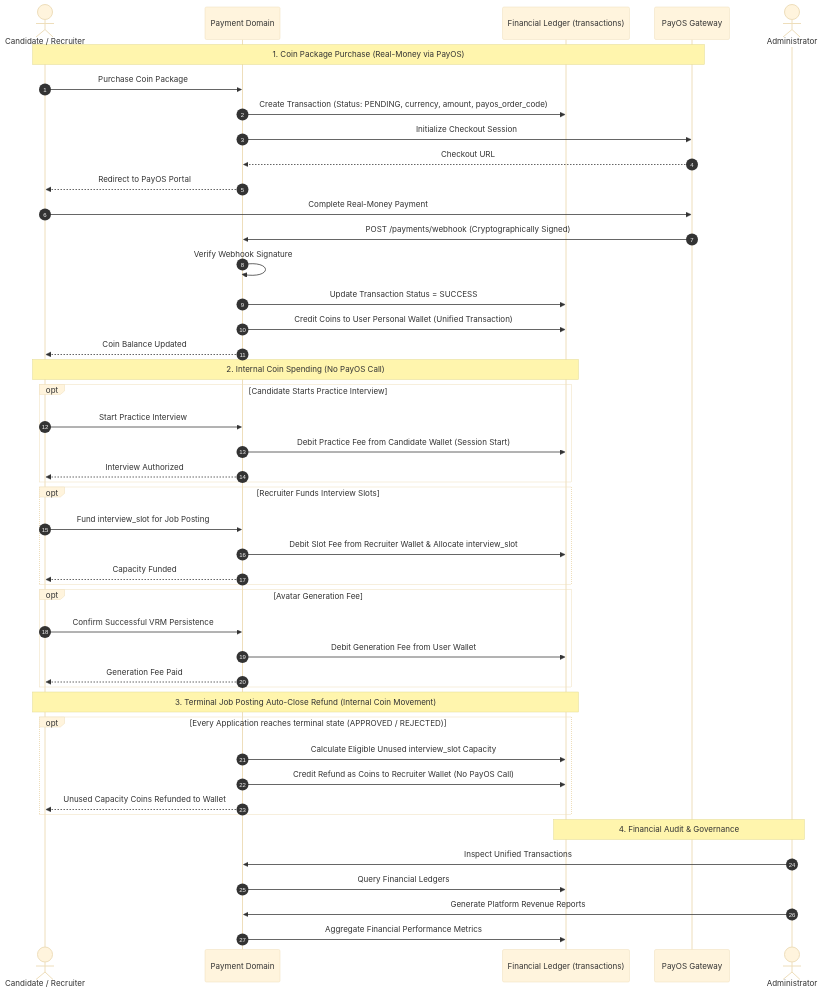
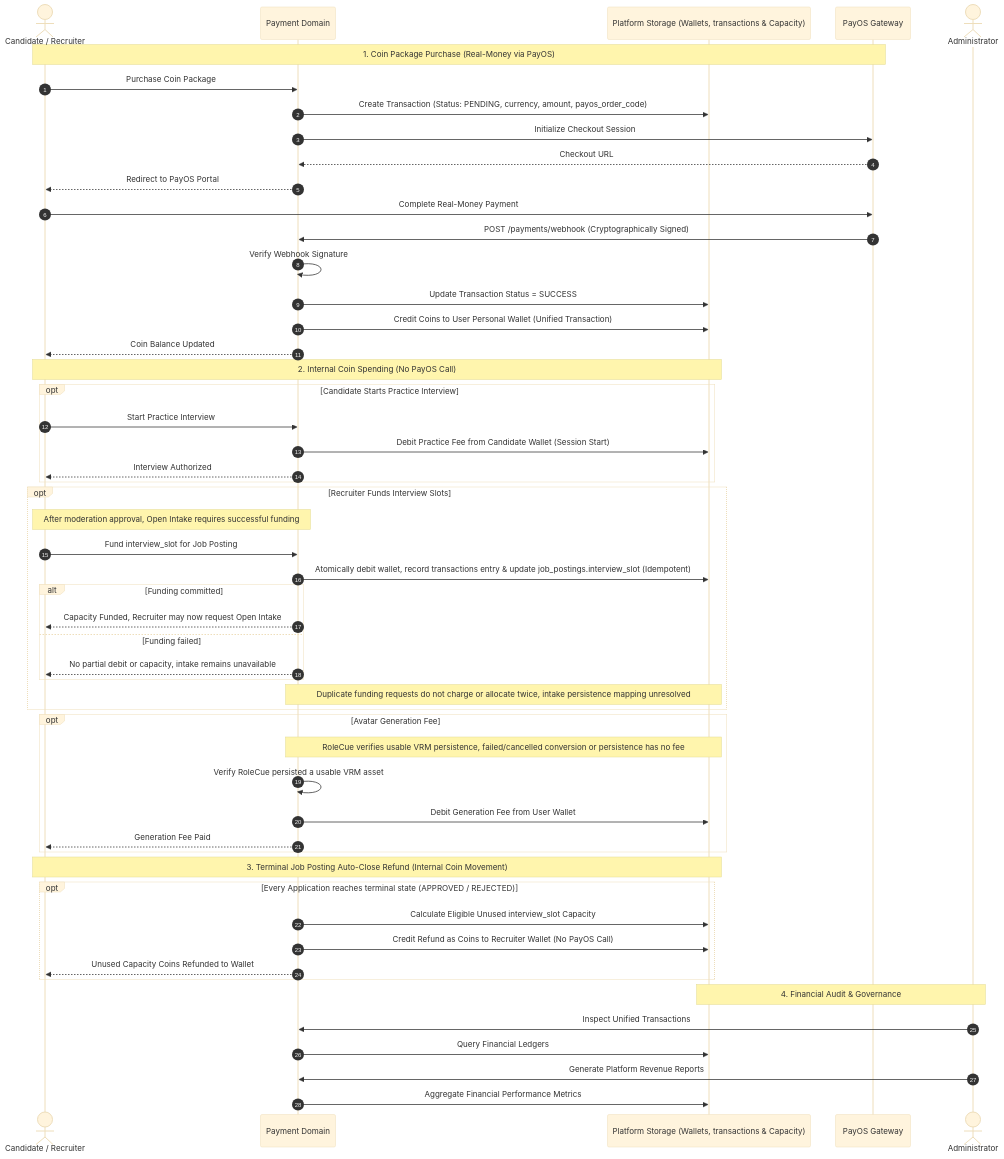
The diagram in 01_Domains/Payment/README.md (cog-forge/role-cue-brain), drawn with Mermaid (base theme) before and after one commit. The commit also changed other lines of this file and 14 other files, not shown here.

````diff
--- a/01_Domains/Payment/README.md
+++ b/01_Domains/Payment/README.md
@@ -70,52 +71,59 @@
 ```mermaid
 sequenceDiagram
     autonumber
     actor User as Candidate / Recruiter
     participant Pay as Payment Domain
-    participant DB as Financial Ledger (transactions)
+    participant DB as Platform Storage (Wallets, transactions & Capacity)
     participant PayOS as PayOS Gateway
     actor Admin as Administrator
 
     Note over User,PayOS: 1. Coin Package Purchase (Real-Money via PayOS)
     User->>Pay: Purchase Coin Package
     Pay->>DB: Create Transaction (Status: PENDING, currency, amount, payos_order_code)
     Pay->>PayOS: Initialize Checkout Session
     PayOS-->>Pay: Checkout URL
     Pay-->>User: Redirect to PayOS Portal
     User->>PayOS: Complete Real-Money Payment
     PayOS->>Pay: POST /payments/webhook (Cryptographically Signed)
     Pay->>Pay: Verify Webhook Signature
     Pay->>DB: Update Transaction Status = SUCCESS
     Pay->>DB: Credit Coins to User Personal Wallet (Unified Transaction)
     Pay-->>User: Coin Balance Updated
 
     Note over User,DB: 2. Internal Coin Spending (No PayOS Call)
     opt Candidate Starts Practice Interview
         User->>Pay: Start Practice Interview
         Pay->>DB: Debit Practice Fee from Candidate Wallet (Session Start)
         Pay-->>User: Interview Authorized
     end
     opt Recruiter Funds Interview Slots
+        Note over User,Pay: After moderation approval, Open Intake requires successful funding
         User->>Pay: Fund interview_slot for Job Posting
-        Pay->>DB: Debit Slot Fee from Recruiter Wallet & Allocate interview_slot
-        Pay-->>User: Capacity Funded
+        Pay->>DB: Atomically debit wallet, record transactions entry & update job_postings.interview_slot (Idempotent)
+        alt Funding committed
+            Pay-->>User: Capacity Funded, Recruiter may now request Open Intake
+        else Funding failed
+            Pay-->>User: No partial debit or capacity, intake remains unavailable
+        end
+        Note over Pay,DB: Duplicate funding requests do not charge or allocate twice, intake persistence mapping unresolved
     end
     opt Avatar Generation Fee
-        User->>Pay: Confirm Successful VRM Persistence
+        Note over Pay,DB: RoleCue verifies usable VRM persistence, failed/cancelled conversion or persistence has no fee
+        Pay->>Pay: Verify RoleCue persisted a usable VRM asset
         Pay->>DB: Debit Generation Fee from User Wallet
         Pay-->>User: Generation Fee Paid
     end
 
     Note over User,DB: 3. Terminal Job Posting Auto-Close Refund (Internal Coin Movement)
     opt Every Application reaches terminal state (APPROVED / REJECTED)
         Pay->>DB: Calculate Eligible Unused interview_slot Capacity
         Pay->>DB: Credit Refund as Coins to Recruiter Wallet (No PayOS Call)
         Pay-->>User: Unused Capacity Coins Refunded to Wallet
     end
 
     Note over Admin,DB: 4. Financial Audit & Governance
     Admin->>Pay: Inspect Unified Transactions
     Pay->>DB: Query Financial Ledgers
     Admin->>Pay: Generate Platform Revenue Reports
     Pay->>DB: Aggregate Financial Performance Metrics
 ```
````
